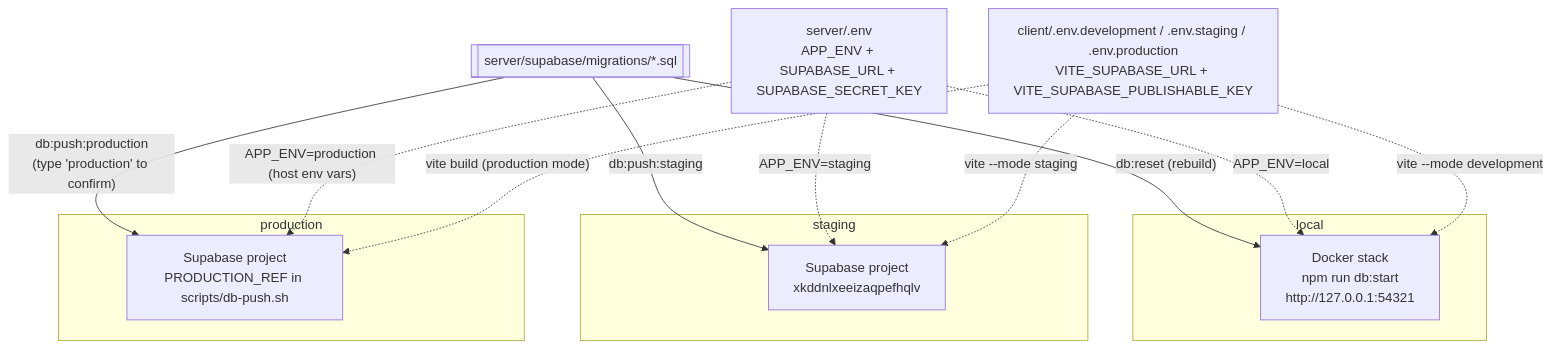
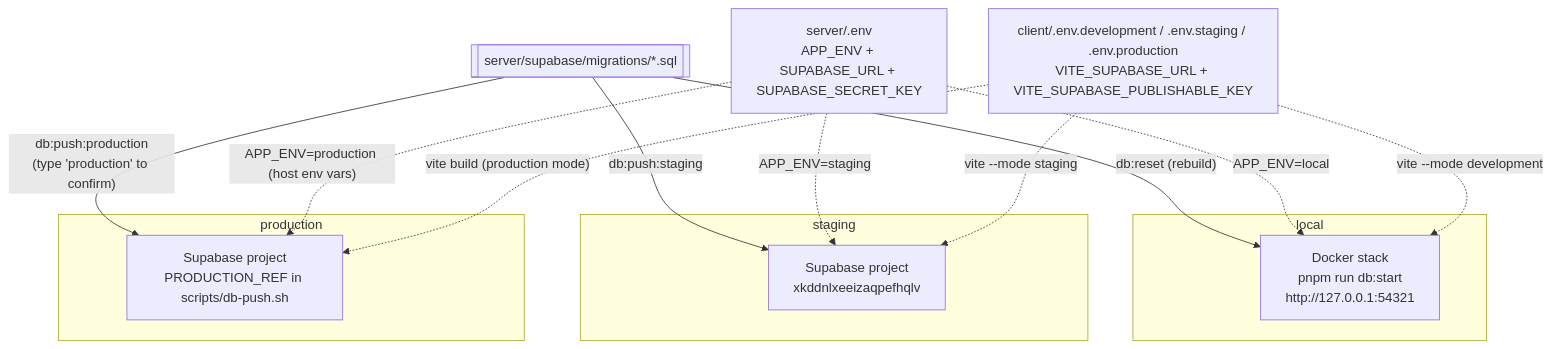
The second of 28 diagrams in docs/ARCHITECTURE.md (The-KhaNha/KhaNha), drawn with Mermaid before and after one commit. The commit also changed other lines of this file and 86 other files, not shown here.

````diff
--- a/docs/ARCHITECTURE.md
+++ b/docs/ARCHITECTURE.md
@@ -117,27 +117,27 @@
 ```mermaid
 flowchart TB
   subgraph Local["local"]
-    LDocker["Docker stack<br/>npm run db:start<br/>http://127.0.0.1:54321"]
+    LDocker["Docker stack<br/>pnpm run db:start<br/>http://127.0.0.1:54321"]
   end
   subgraph Staging["staging"]
     SProj["Supabase project<br/>xkddnlxeeizaqpefhqlv"]
   end
   subgraph Production["production"]
     PProj["Supabase project<br/>PRODUCTION_REF in scripts/db-push.sh"]
   end
 
   Migrations[["server/supabase/migrations/*.sql"]]
   Migrations -->|"db:reset (rebuild)"| LDocker
   Migrations -->|"db:push:staging"| SProj
   Migrations -->|"db:push:production<br/>(type 'production' to confirm)"| PProj
 
   ServerEnv["server/.env<br/>APP_ENV + SUPABASE_URL + SUPABASE_SECRET_KEY"]
   ClientEnv["client/.env.development / .env.staging / .env.production<br/>VITE_SUPABASE_URL + VITE_SUPABASE_PUBLISHABLE_KEY"]
 
   ServerEnv -. "APP_ENV=local" .-> LDocker
   ServerEnv -. "APP_ENV=staging" .-> SProj
   ServerEnv -. "APP_ENV=production (host env vars)" .-> PProj
   ClientEnv -. "vite --mode development" .-> LDocker
   ClientEnv -. "vite --mode staging" .-> SProj
   ClientEnv -. "vite build (production mode)" .-> PProj
 ```
````
